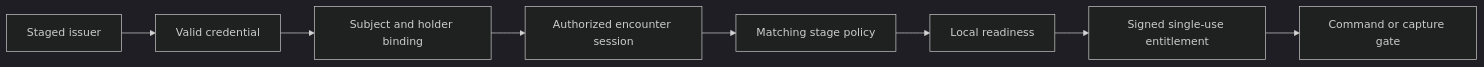
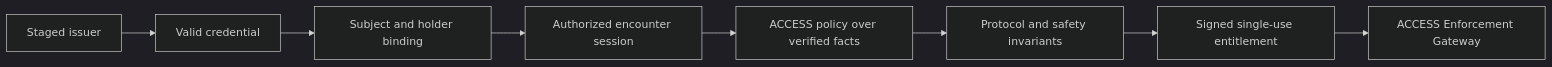
Before and after one commit to dboulet01/access: the diagram in docs/authorization-policy.md, drawn with Mermaid (dark theme). The commit also changed other lines of this file and 9 other files, not shown here.

````diff
--- a/docs/authorization-policy.md
+++ b/docs/authorization-policy.md
@@ -17,10 +24,10 @@
 ```mermaid
 flowchart LR
     A[Staged issuer] --> B[Valid credential]
     B --> C[Subject and holder binding]
     C --> D[Authorized encounter session]
-    D --> E[Matching stage policy]
-    E --> F[Local readiness]
+      D --> E[ACCESS policy over verified facts]
+      E --> F[Protocol and safety invariants]
     F --> G[Signed single-use entitlement]
-    G --> H[Command or capture gate]
+   G --> H[ACCESS Enforcement Gateway]
 ```
````
